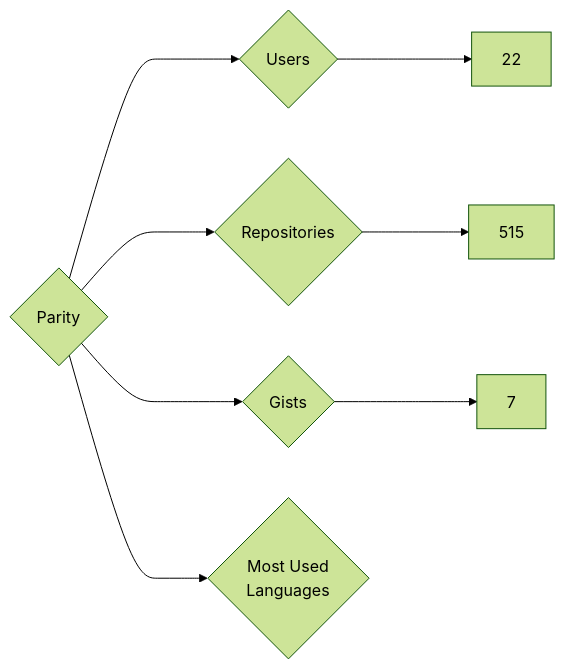
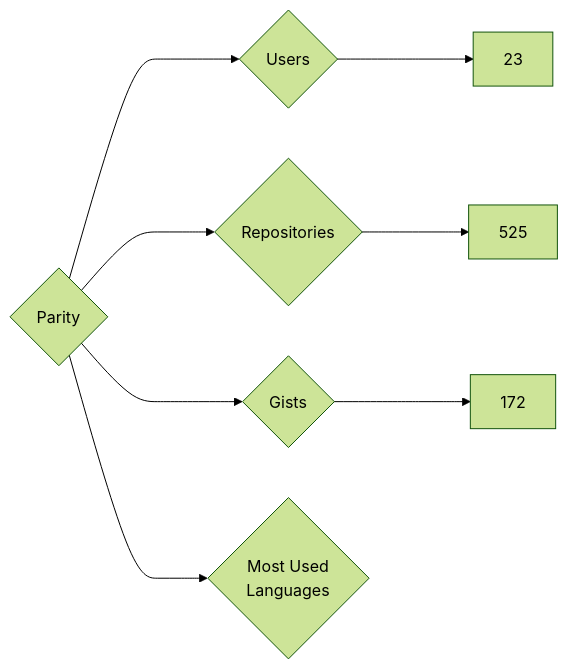
One commit to nenadzaric/insiders changed the diagram in targets/Parity/README.md. Above: the diagram before and after it, drawn with Mermaid (forest theme). The commit also changed 1342 other files, not shown here.

````diff
--- a/targets/Parity/README.md
+++ b/targets/Parity/README.md
@@ -3,8 +3,8 @@
 ```mermaid
 graph LR
 COMPANY_NAME{Parity}
-COMPANY_NAME ---> U{Users} ---> UN[22]
-COMPANY_NAME ---> R{Repositories} ---> RN[515]
-COMPANY_NAME ---> G{Gists} ---> GN[7]
+COMPANY_NAME ---> U{Users} ---> UN[23]
+COMPANY_NAME ---> R{Repositories} ---> RN[525]
+COMPANY_NAME ---> G{Gists} ---> GN[172]
 COMPANY_NAME ---> ML{Most Used<br>Languages}
 ```
````
